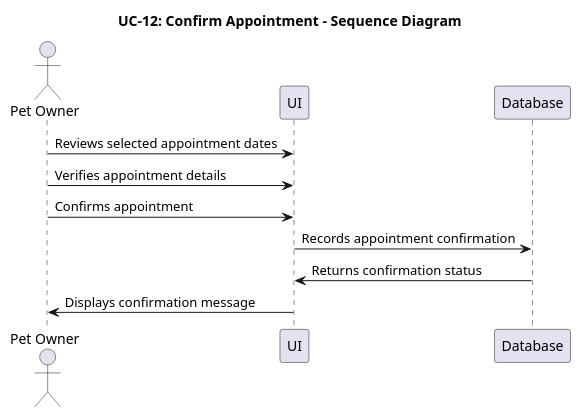
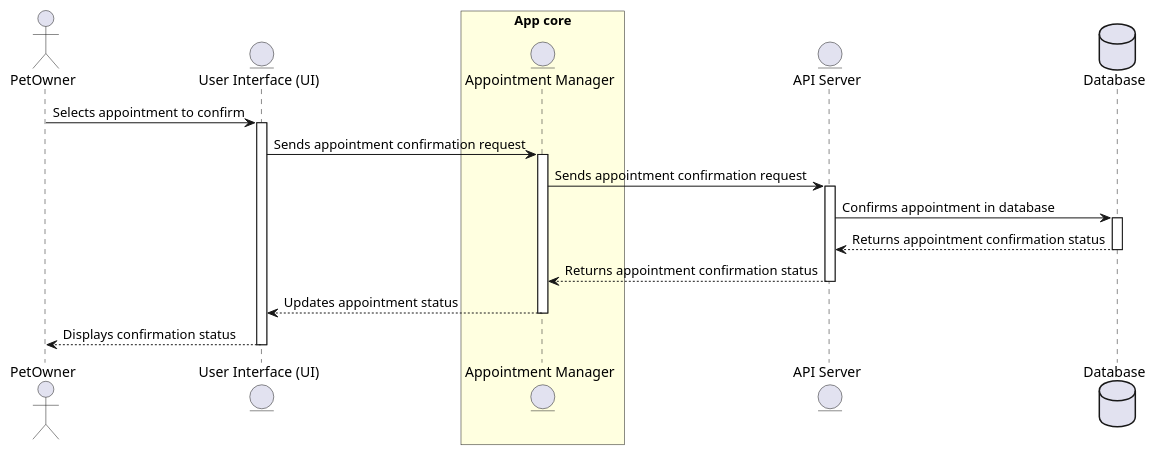
Before and after one commit to IrenePorta/PetSitters: the diagram in Documents/PlantUML/UC-12_SEQUENCE_Diagram.puml, drawn with PlantUML.

```diff
--- a/Documents/PlantUML/UC-12_SEQUENCE_Diagram.puml
+++ b/Documents/PlantUML/UC-12_SEQUENCE_Diagram.puml
@@ -1,17 +1,34 @@
 @startuml
-title UC-12: Confirm Appointment - Sequence Diagram
+actor PetOwner
+entity "User Interface (UI)" as UI
+box "App core" #LightYellow
+  entity "Appointment Manager" as AppCore
+end box
+entity "API Server" as API
+database "Database" as DB
 
-actor "Pet Owner" as owner
-participant "UI" as ui
-participant "Database" as db
+PetOwner -> UI : Selects appointment to confirm
+activate UI
 
-owner -> ui: Reviews selected appointment dates
-owner -> ui: Verifies appointment details
-owner -> ui: Confirms appointment
+UI -> AppCore : Sends appointment confirmation request
+activate AppCore
 
-ui -> db: Records appointment confirmation
-db -> ui: Returns confirmation status
+AppCore -> API : Sends appointment confirmation request
+activate API
 
-ui -> owner: Displays confirmation message
+API -> DB : Confirms appointment in database
+activate DB
+
+DB --> API : Returns appointment confirmation status
+deactivate DB
+
+API --> AppCore : Returns appointment confirmation status
+deactivate API
+
+AppCore --> UI : Updates appointment status
+deactivate AppCore
+
+UI --> PetOwner : Displays confirmation status
+deactivate UI
 
 @enduml
```
